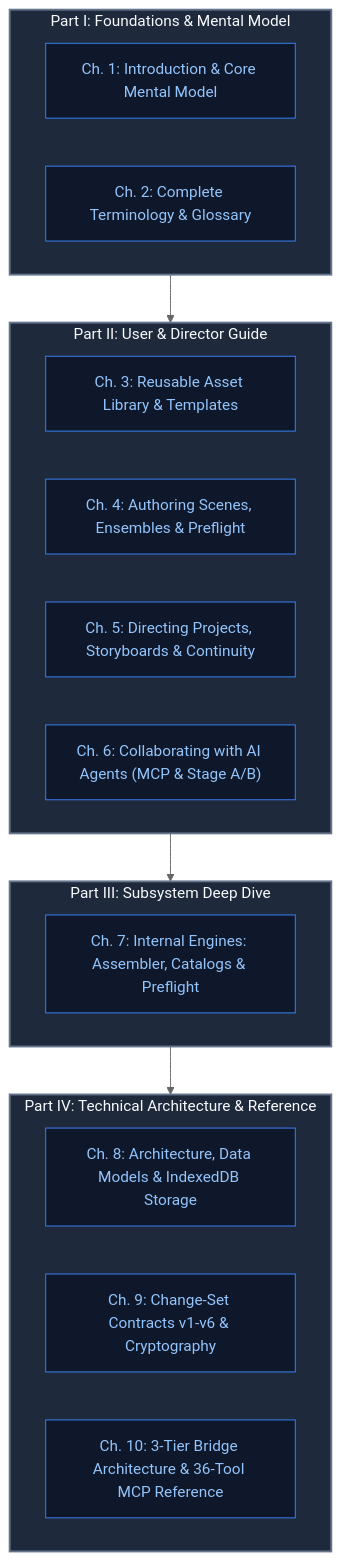
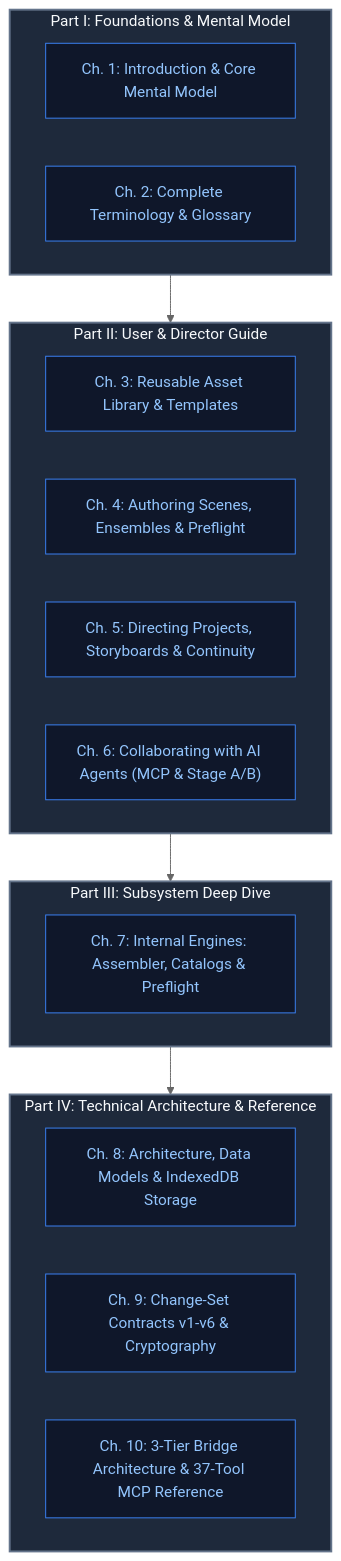
Before and after one commit to Jeruzael/krakinai: the diagram in docs/manual/README.md, drawn with Mermaid (neutral theme). The commit also changed other lines of this file and 9 other files, not shown here.

````diff
--- a/docs/manual/README.md
+++ b/docs/manual/README.md
@@ -26,34 +26,34 @@
 ```mermaid
 graph TD
     classDef part fill:#1e293b,stroke:#64748b,stroke-width:2px,color:#f8fafc;
     classDef guide fill:#0f172a,stroke:#3b82f6,stroke-width:1px,color:#93c5fd;
 
     subgraph P1["Part I: Foundations & Mental Model"]
         C1["Ch. 1: Introduction & Core Mental Model"]
         C2["Ch. 2: Complete Terminology & Glossary"]
     end
 
     subgraph P2["Part II: User & Director Guide"]
         C3["Ch. 3: Reusable Asset Library & Templates"]
         C4["Ch. 4: Authoring Scenes, Ensembles & Preflight"]
         C5["Ch. 5: Directing Projects, Storyboards & Continuity"]
         C6["Ch. 6: Collaborating with AI Agents (MCP & Stage A/B)"]
     end
 
     subgraph P3["Part III: Subsystem Deep Dive"]
         C7["Ch. 7: Internal Engines: Assembler, Catalogs & Preflight"]
     end
 
     subgraph P4["Part IV: Technical Architecture & Reference"]
         C8["Ch. 8: Architecture, Data Models & IndexedDB Storage"]
         C9["Ch. 9: Change-Set Contracts v1-v6 & Cryptography"]
-        C10["Ch. 10: 3-Tier Bridge Architecture & 36-Tool MCP Reference"]
+        C10["Ch. 10: 3-Tier Bridge Architecture & 37-Tool MCP Reference"]
     end
 
     P1 --> P2
     P2 --> P3
     P3 --> P4
 
     class P1,P2,P3,P4 part;
     class C1,C2,C3,C4,C5,C6,C7,C8,C9,C10 guide;
 ```
````
